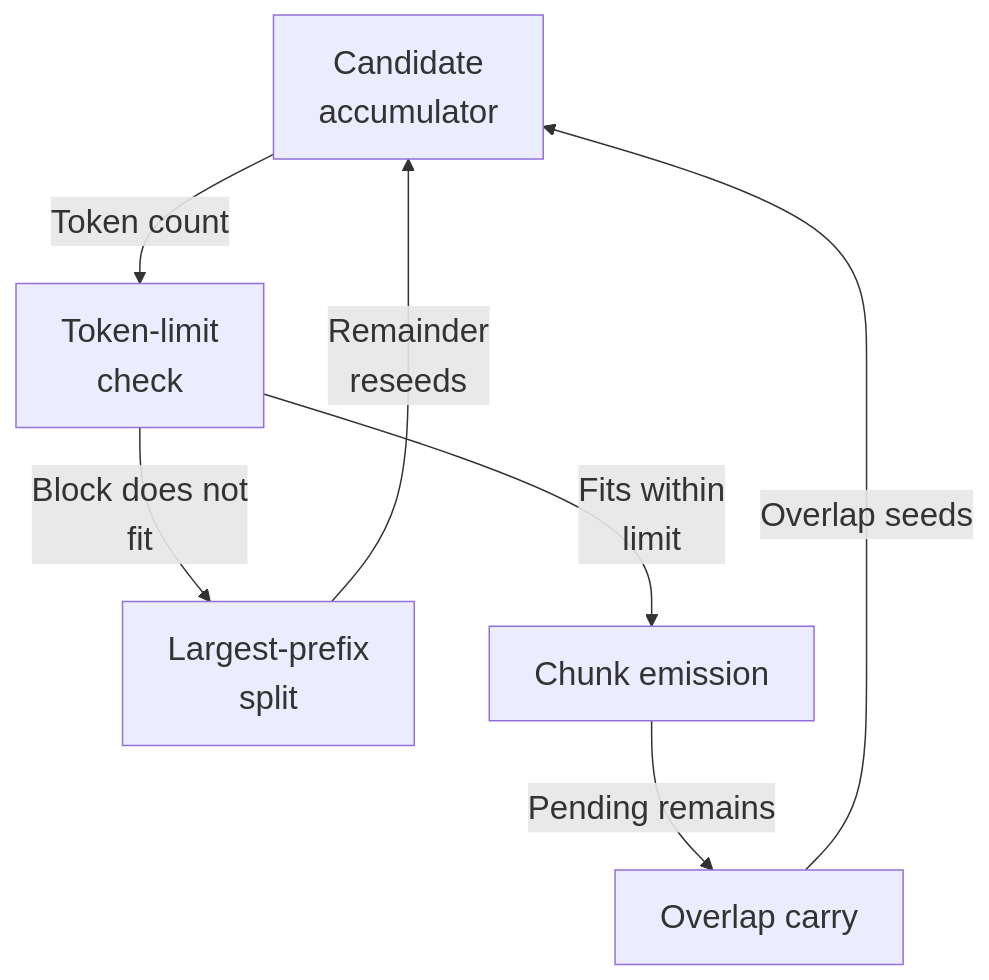
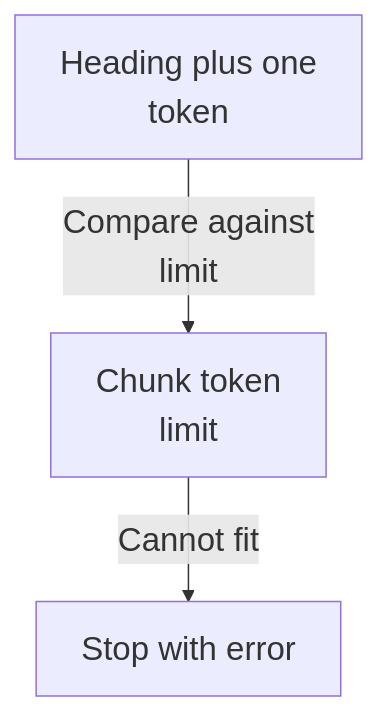
One commit to Justin-Mendoza/Afterclass changed the diagram in maps/ingestion/diagram-03.mmd. Above: the diagram before and after it, drawn with Mermaid. The commit also changed 91 other files, not shown here.

```diff
--- a/maps/ingestion/diagram-03.mmd
+++ b/maps/ingestion/diagram-03.mmd
@@ -1,13 +1,7 @@
 %%{init: {"themeVariables": {"fontSize": "22px"}}}%%
 flowchart TD
-  n0["Candidate<br/>accumulator"]
-  n1["Token-limit<br/>check"]
-  n2["Largest-prefix<br/>split"]
-  n3["Overlap carry"]
-  n4["Chunk emission"]
-  n0 -->|"Token count"| n1
-  n1 -->|"Block does not<br/>fit"| n2
-  n2 -->|"Remainder<br/>reseeds"| n0
-  n1 -->|"Fits within<br/>limit"| n4
-  n4 -->|"Pending remains"| n3
-  n3 -->|"Overlap seeds"| n0
+  n0["Heading plus one<br/>token"]
+  n1["Chunk token<br/>limit"]
+  n2["Stop with error"]
+  n0 -->|"Compare against<br/>limit"| n1
+  n1 -->|"Cannot fit"| n2
```
